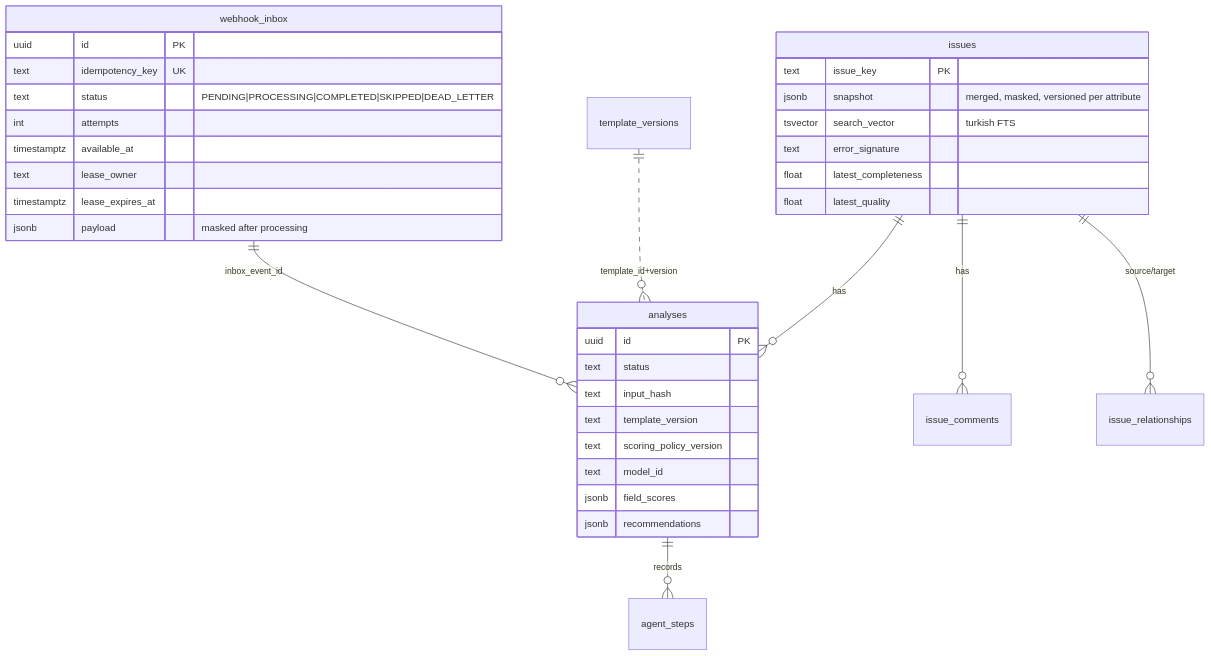
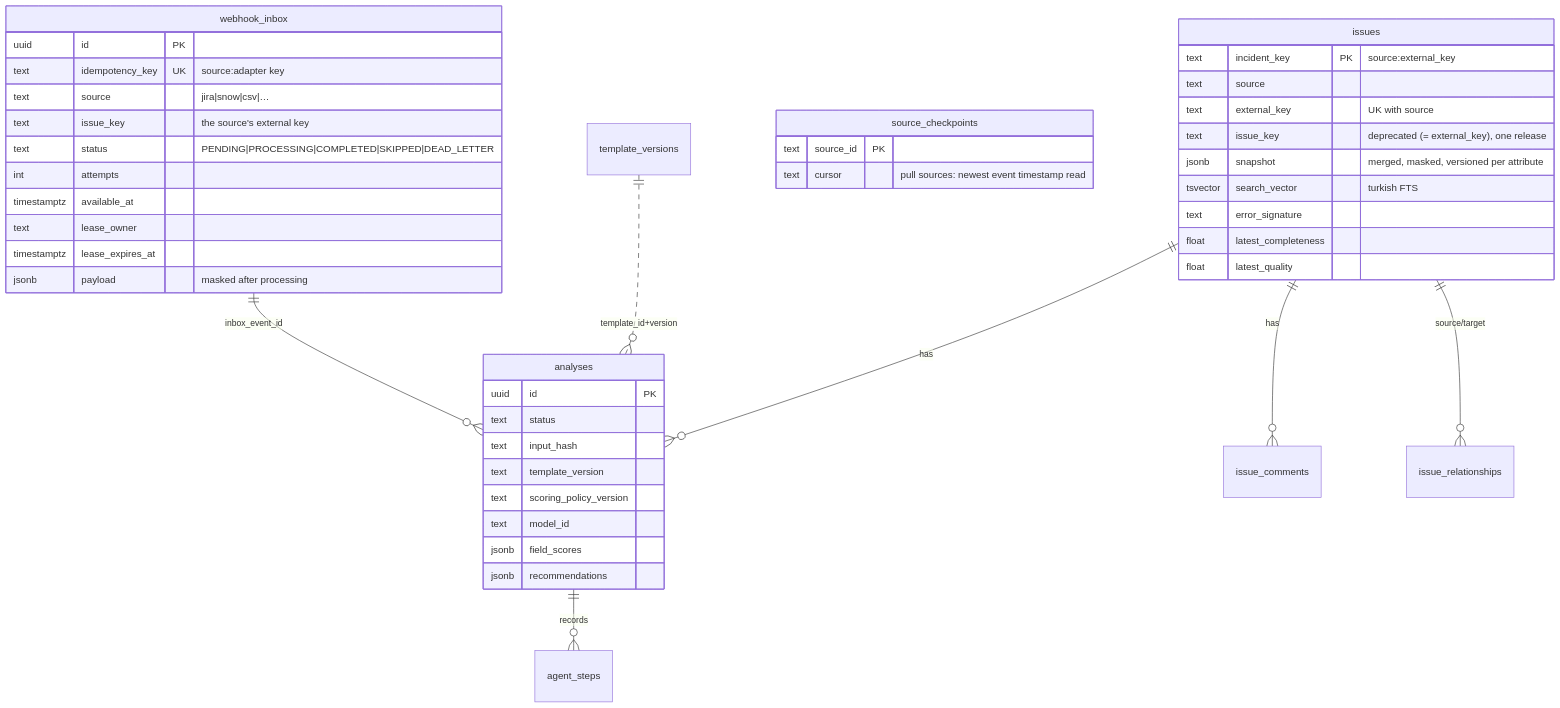
One commit to mecitsemerci/branchops-intelligence changed the fourth of 4 diagrams in docs/architecture.md. Above: the diagram before and after it, drawn with Mermaid. The commit also changed other lines of this file and 81 other files, not shown here.

````diff
--- a/docs/architecture.md
+++ b/docs/architecture.md
@@ -120,37 +125,46 @@
 ```mermaid
 erDiagram
     webhook_inbox ||--o{ analyses : "inbox_event_id"
     issues ||--o{ analyses : has
     issues ||--o{ issue_comments : has
     issues ||--o{ issue_relationships : "source/target"
     analyses ||--o{ agent_steps : records
+    source_checkpoints {
+      text source_id PK
+      text cursor "pull sources: newest event timestamp read"
+    }
     template_versions ||..o{ analyses : "template_id+version"
     webhook_inbox {
       uuid id PK
-      text idempotency_key UK
+      text idempotency_key UK "source:adapter key"
+      text source "jira|snow|csv|…"
+      text issue_key "the source's external key"
       text status "PENDING|PROCESSING|COMPLETED|SKIPPED|DEAD_LETTER"
       int attempts
       timestamptz available_at
       text lease_owner
       timestamptz lease_expires_at
       jsonb payload "masked after processing"
     }
     issues {
-      text issue_key PK
+      text incident_key PK "source:external_key"
+      text source
+      text external_key "UK with source"
+      text issue_key "deprecated (= external_key), one release"
       jsonb snapshot "merged, masked, versioned per attribute"
       tsvector search_vector "turkish FTS"
       text error_signature
       float latest_completeness
       float latest_quality
     }
     analyses {
       uuid id PK
       text status
       text input_hash
       text template_version
       text scoring_policy_version
       text model_id
       jsonb field_scores
       jsonb recommendations
     }
 ```
````
